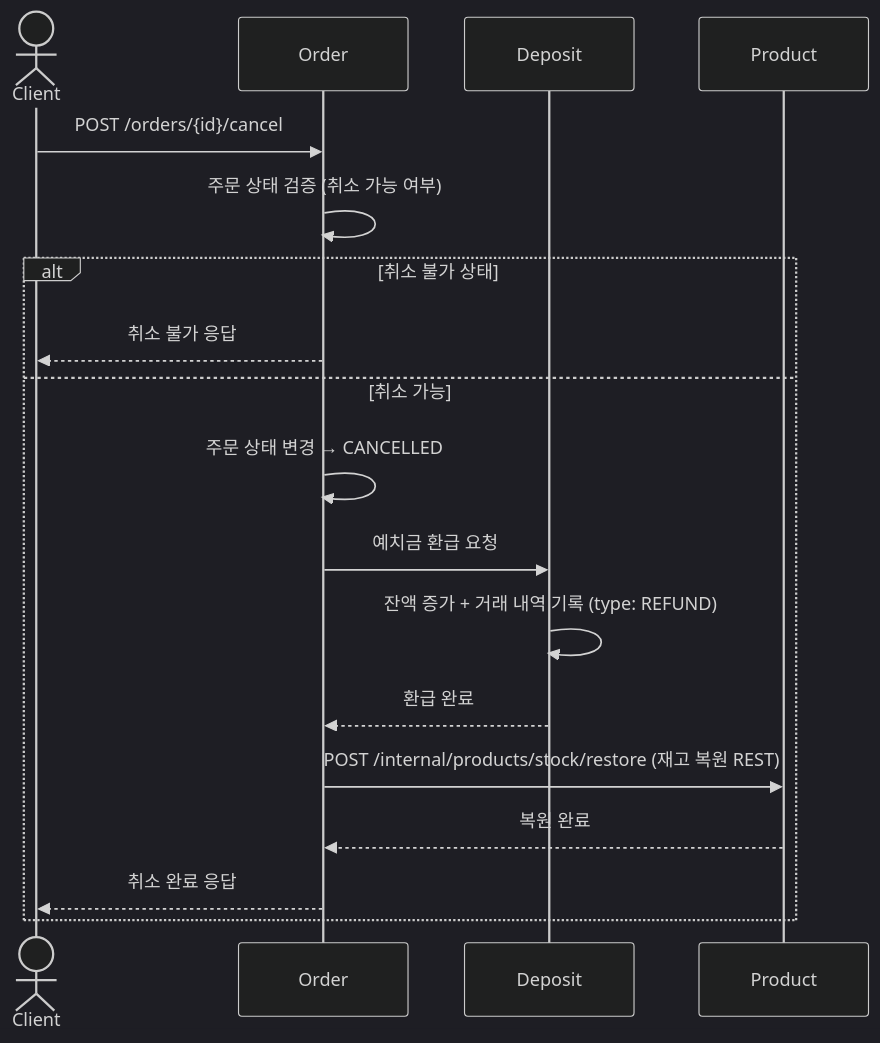
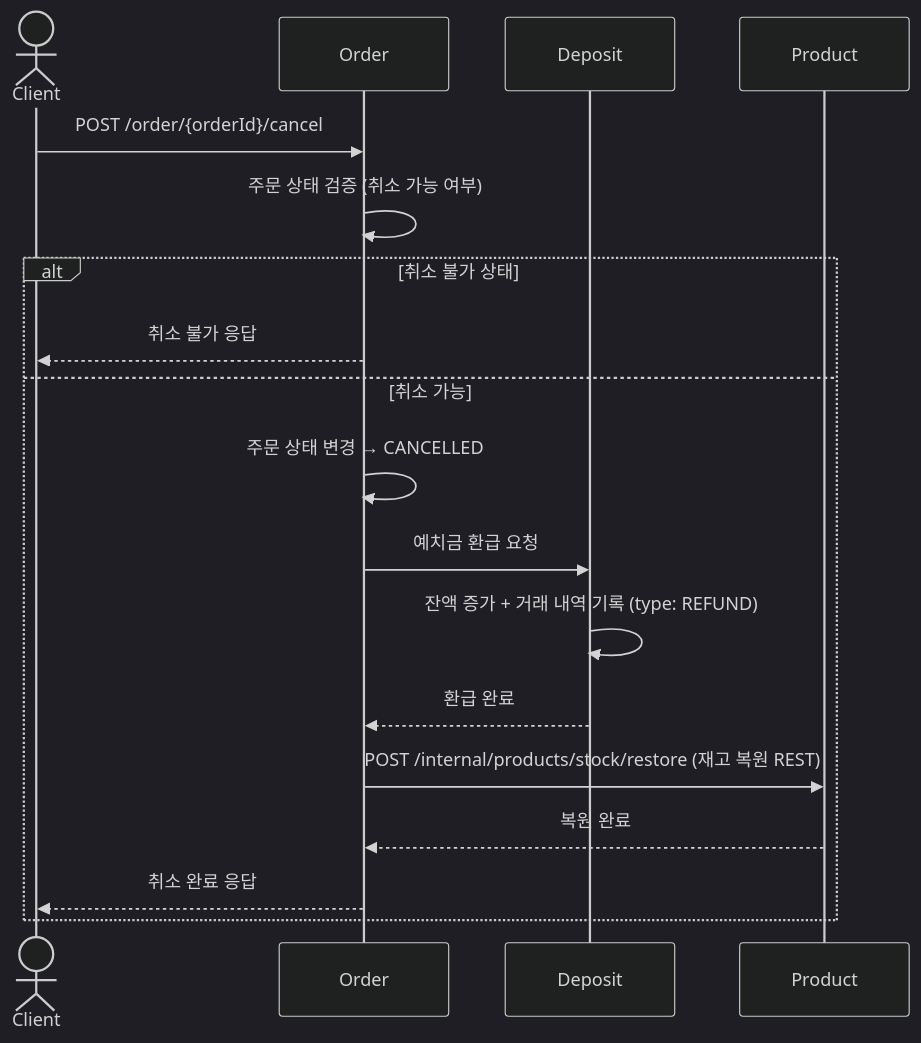
The third of 3 diagrams in docs/OrderPaymentFlow.md (prgrms-be-adv-devcourse/beadv5_5_404_Not_Found_BE), drawn with Mermaid (dark theme) before and after one commit. The commit also changed other lines of this file and 9 other files, not shown here.

Commit message:
docs: 설계문서 최신화 (API 명세, ERD, 인증, 아키텍처, 이벤트, 기능명세)

````diff
--- a/docs/OrderPaymentFlow.md
+++ b/docs/OrderPaymentFlow.md
@@ -215,22 +215,22 @@
 ```mermaid
 sequenceDiagram
     actor Client
     participant Order
     participant Deposit
     participant Product
 
-    Client->>Order: POST /orders/{id}/cancel
+    Client->>Order: POST /order/{orderId}/cancel
     Order->>Order: 주문 상태 검증 (취소 가능 여부)
 
     alt 취소 불가 상태
         Order-->>Client: 취소 불가 응답
     else 취소 가능
         Order->>Order: 주문 상태 변경 → CANCELLED
         Order->>Deposit: 예치금 환급 요청
         Deposit->>Deposit: 잔액 증가 + 거래 내역 기록 (type: REFUND)
         Deposit-->>Order: 환급 완료
         Order->>Product: POST /internal/products/stock/restore (재고 복원 REST)
         Product-->>Order: 복원 완료
         Order-->>Client: 취소 완료 응답
     end
 ```
````
